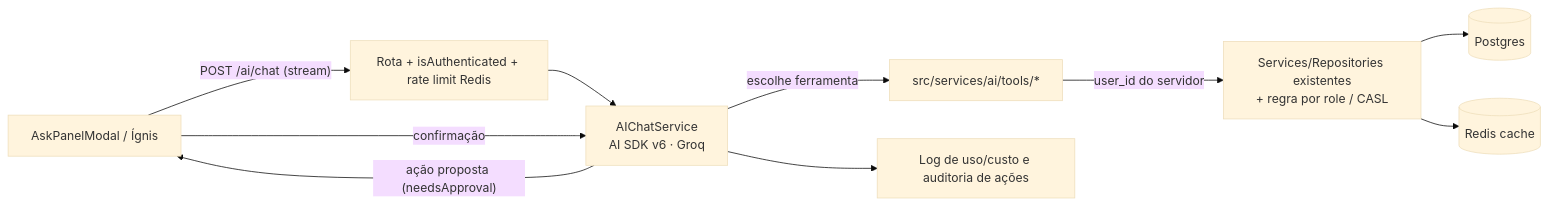
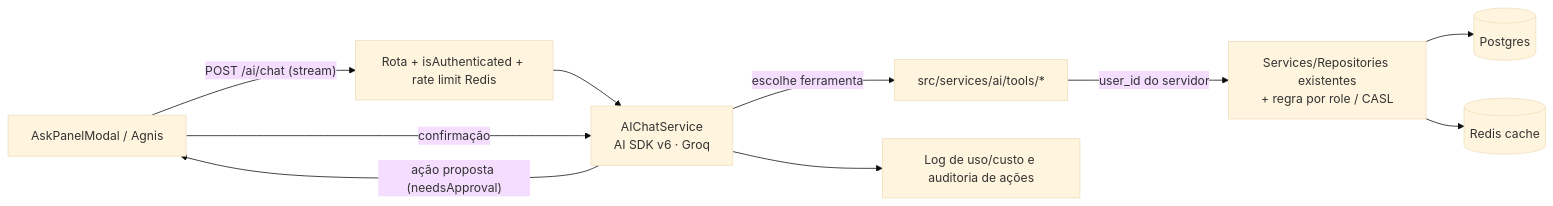
One commit to pablo-cruzbr/Fire-OS-Tickets-Inteligentes-com-AI changed the diagram in Backend/estudos-pleno/fire-os/ANALISE-IA-FIRE-OS.md. Above: the diagram before and after it, drawn with Mermaid (base theme). The commit also changed other lines of this file and 3 other files, not shown here.

First line of the commit message:
feat(frontend): rename the AI assistant from Ígnis to Agnis

````diff
--- a/Backend/estudos-pleno/fire-os/ANALISE-IA-FIRE-OS.md
+++ b/Backend/estudos-pleno/fire-os/ANALISE-IA-FIRE-OS.md
@@ -165,12 +165,12 @@
 ```mermaid
 flowchart LR
-  UI[AskPanelModal / Ígnis] -- POST /ai/chat (stream) --> R[Rota + isAuthenticated + rate limit Redis]
+  UI[AskPanelModal / Agnis] -- POST /ai/chat (stream) --> R[Rota + isAuthenticated + rate limit Redis]
   R --> S[AIChatService<br/>AI SDK v6 · Groq]
   S -- escolhe ferramenta --> T[src/services/ai/tools/*]
   T -- user_id do servidor --> SV[Services/Repositories existentes<br/>+ regra por role / CASL]
   SV --> DB[(Postgres)]
   SV --> C[(Redis cache)]
   S -- ação proposta (needsApproval) --> UI
   UI -- confirmação --> S
   S --> A[Log de uso/custo e auditoria de ações]
 ```
````
